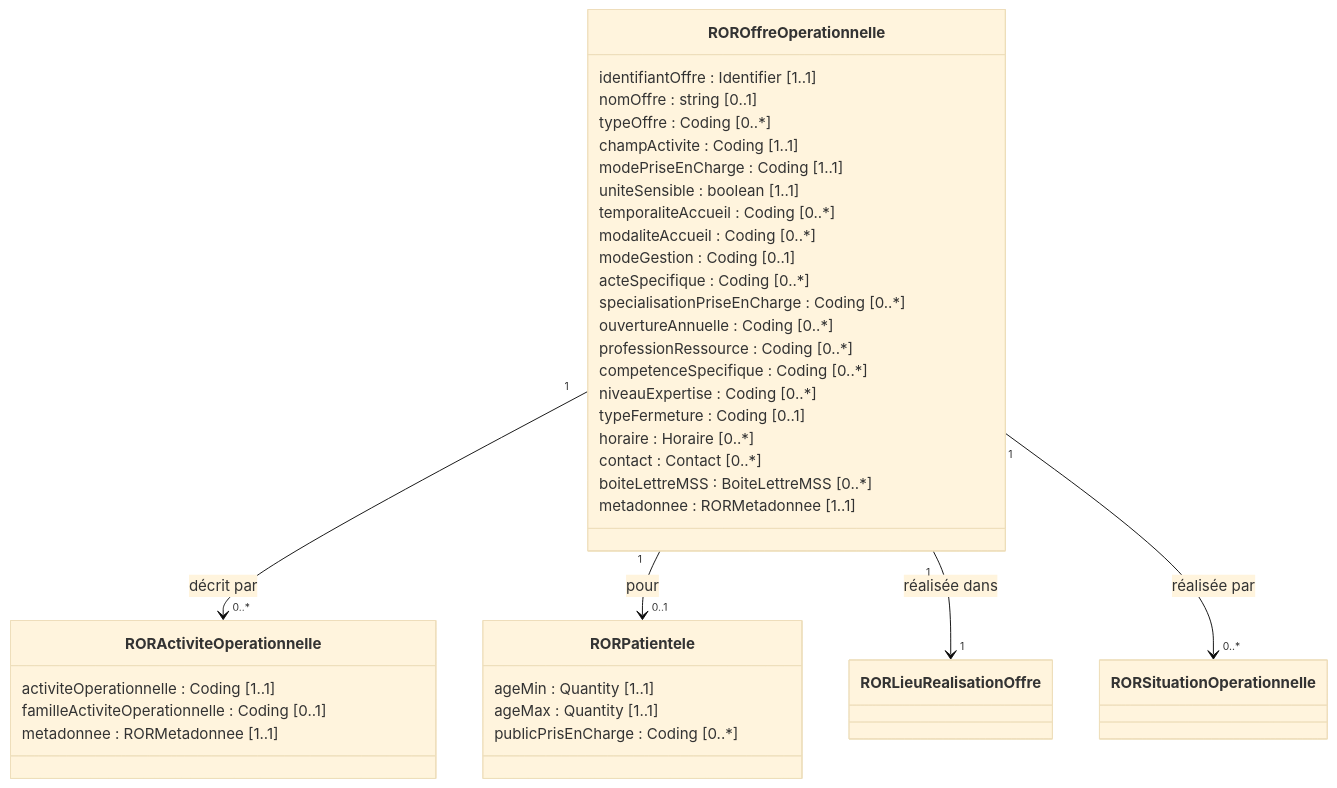
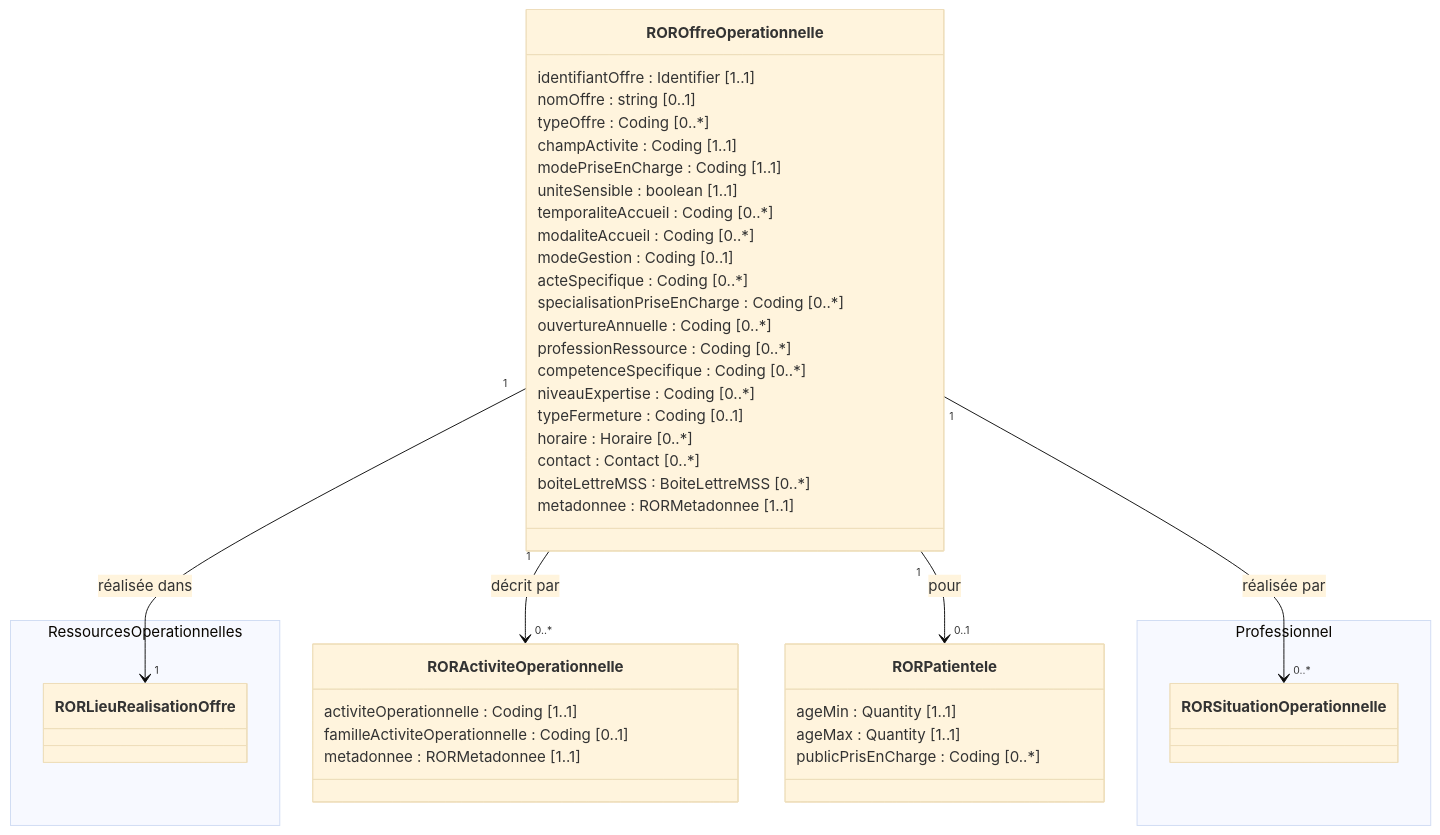
One commit to nriss/test-ml-ror changed the diagram in input/pagecontent/offre-operationnelle.md. Above: the diagram before and after it, drawn with Mermaid (base theme). The commit also changed 5 other files, not shown here.

Commit message:
up mermaid

```diff
--- a/input/pagecontent/offre-operationnelle.md
+++ b/input/pagecontent/offre-operationnelle.md
@@ -16,56 +16,55 @@
 <div class="mermaid" markdown="0">
 classDiagram
     class Offre["ROROffreOperationnelle"] {
         identifiantOffre : Identifier [1..1]
         nomOffre : string [0..1]
         typeOffre : Coding [0..*]
         champActivite : Coding [1..1]
         modePriseEnCharge : Coding [1..1]
         uniteSensible : boolean [1..1]
         temporaliteAccueil : Coding [0..*]
         modaliteAccueil : Coding [0..*]
         modeGestion : Coding [0..1]
         acteSpecifique : Coding [0..*]
         specialisationPriseEnCharge : Coding [0..*]
         ouvertureAnnuelle : Coding [0..*]
         professionRessource : Coding [0..*]
         competenceSpecifique : Coding [0..*]
         niveauExpertise : Coding [0..*]
         typeFermeture : Coding [0..1]
         horaire : Horaire [0..*]
         contact : Contact [0..*]
         boiteLettreMSS : BoiteLettreMSS [0..*]
         metadonnee : RORMetadonnee [1..1]
     }
 
     class AO["RORActiviteOperationnelle"] {
         activiteOperationnelle : Coding [1..1]
         familleActiviteOperationnelle : Coding [0..1]
         metadonnee : RORMetadonnee [1..1]
     }
 
     class Pat["RORPatientele"] {
         ageMin : Quantity [1..1]
         ageMax : Quantity [1..1]
         publicPrisEnCharge : Coding [0..*]
     }
 
-    class Lieu["RORLieuRealisationOffre"]
-    class SitOp["RORSituationOperationnelle"]
+    namespace RessourcesOperationnelles {
+        class Lieu["RORLieuRealisationOffre"]
+    }
+    namespace Professionnel {
+        class SitOp["RORSituationOperationnelle"]
+    }
 
     Offre "1" --> "0..*" AO : décrit par
     Offre "1" --> "0..1" Pat : pour
     Offre "1" --> "1" Lieu : réalisée dans
     Offre "1" --> "0..*" SitOp : réalisée par
 
     click Offre href "StructureDefinition-ror-offre-operationnelle.html" "ROROffreOperationnelle"
     click AO href "StructureDefinition-ror-activite-operationnelle.html" "RORActiviteOperationnelle"
     click Pat href "StructureDefinition-ror-patientele.html" "RORPatientele"
     click Lieu href "StructureDefinition-ror-lieu-realisation-offre.html" "RORLieuRealisationOffre"
     click SitOp href "StructureDefinition-ror-situation-operationnelle.html" "RORSituationOperationnelle"
-
-    classDef externalRef fill:#E3F2FD
-    classDef externalRef stroke:#1976D2
-    classDef externalRef color:#333
-    cssClass "Lieu,SitOp" externalRef
 </div>
```
